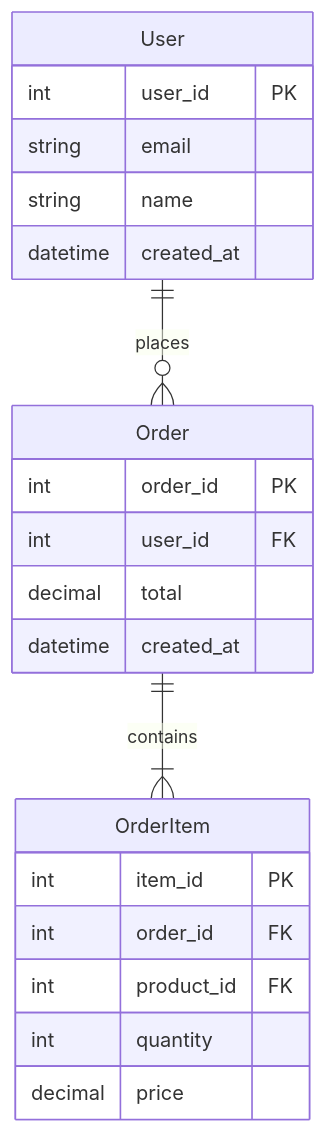
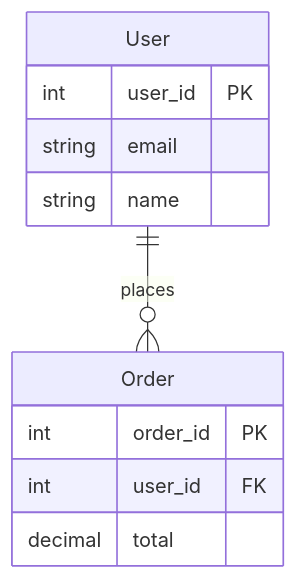
The second of 3 diagrams in .claude/agents/amplihack/specialized/visualization-architect.md (rysweet/MicrosoftHackathon2025-AgenticCoding), drawn with Mermaid before and after one commit. The commit also changed other lines of this file and 2 other files, not shown here.

````diff
--- a/.claude/agents/amplihack/specialized/visualization-architect.md
+++ b/.claude/agents/amplihack/specialized/visualization-architect.md
@@ -105,24 +80,14 @@
 ```mermaid
 erDiagram
     User ||--o{ Order : places
     User {
         int user_id PK
         string email
         string name
-        datetime created_at
     }
-    Order ||--|{ OrderItem : contains
     Order {
         int order_id PK
         int user_id FK
         decimal total
-        datetime created_at
-    }
-    OrderItem {
-        int item_id PK
-        int order_id FK
-        int product_id FK
-        int quantity
-        decimal price
     }
 ```
````
